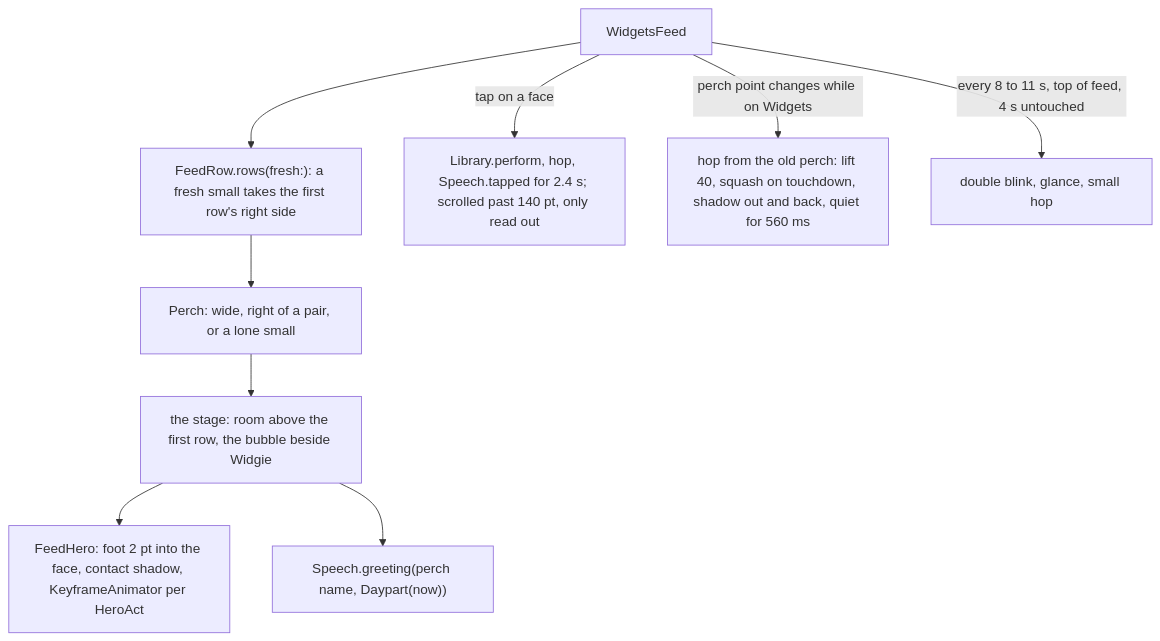
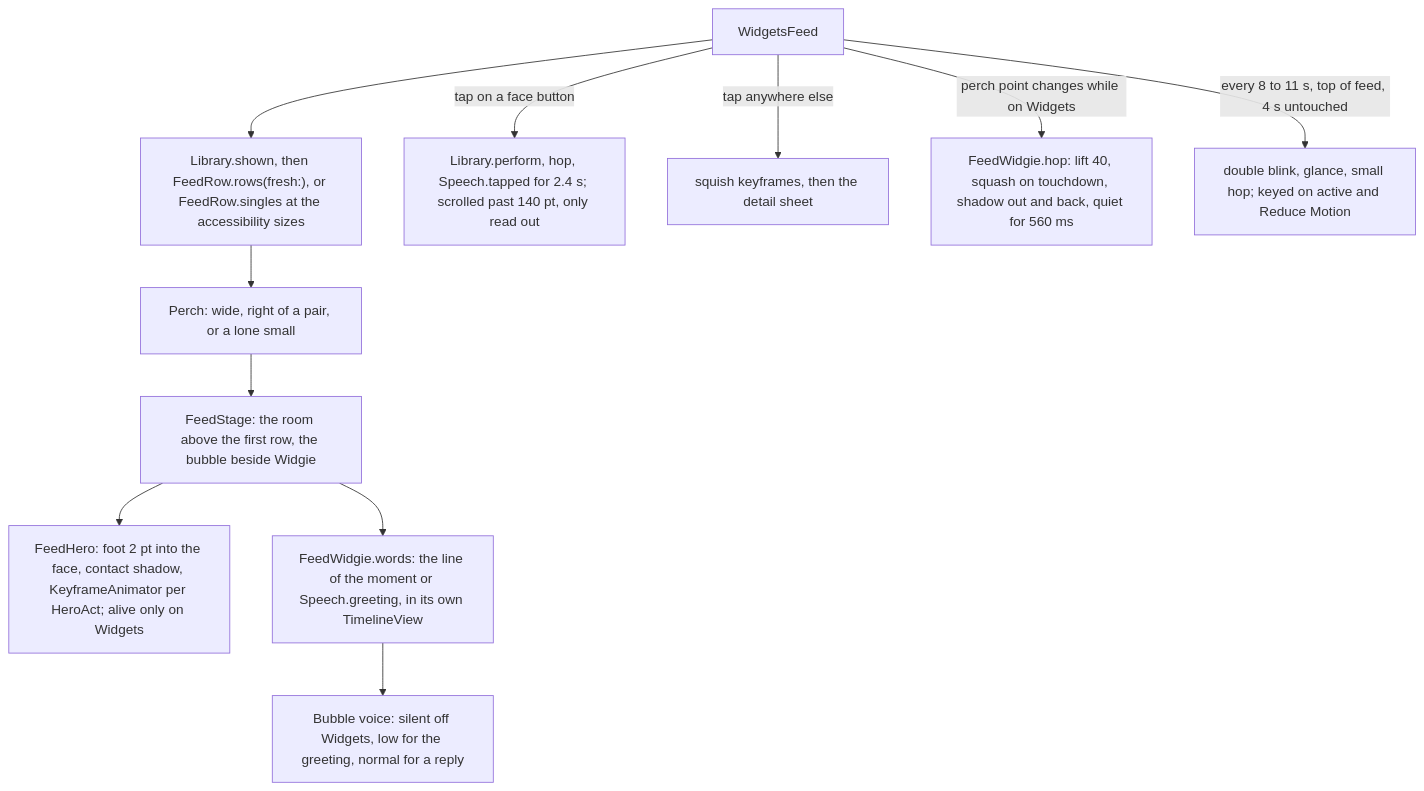
The second of 4 diagrams in docs/pr/17-app-shell-u1b.md (Krutik460/Widgie), drawn with Mermaid before and after one commit. The commit also changed other lines of this file and 1 other file, not shown here.

````diff
--- a/docs/pr/17-app-shell-u1b.md
+++ b/docs/pr/17-app-shell-u1b.md
@@ -39,11 +43,13 @@
 ```mermaid
 flowchart TD
-  FEED["WidgetsFeed"] --> ROWS["FeedRow.rows(fresh:): a fresh small takes the first row's right side"]
+  FEED["WidgetsFeed"] --> ROWS["Library.shown, then FeedRow.rows(fresh:), or FeedRow.singles at the accessibility sizes"]
   ROWS --> PERCH["Perch: wide, right of a pair, or a lone small"]
-  PERCH --> STAGE["the stage: room above the first row, the bubble beside Widgie"]
-  STAGE --> HERO["FeedHero: foot 2 pt into the face, contact shadow, KeyframeAnimator per HeroAct"]
-  STAGE --> WORDS["Speech.greeting(perch name, Daypart(now))"]
-  FEED -->|"tap on a face"| TAP["Library.perform, hop, Speech.tapped for 2.4 s; scrolled past 140 pt, only read out"]
-  FEED -->|"perch point changes while on Widgets"| MOVE["hop from the old perch: lift 40, squash on touchdown, shadow out and back, quiet for 560 ms"]
-  FEED -->|"every 8 to 11 s, top of feed, 4 s untouched"| IDLE["double blink, glance, small hop"]
+  PERCH --> STAGE["FeedStage: the room above the first row, the bubble beside Widgie"]
+  STAGE --> HERO["FeedHero: foot 2 pt into the face, contact shadow, KeyframeAnimator per HeroAct; alive only on Widgets"]
+  STAGE --> WORDS["FeedWidgie.words: the line of the moment or Speech.greeting, in its own TimelineView"]
+  WORDS --> VOICE["Bubble voice: silent off Widgets, low for the greeting, normal for a reply"]
+  FEED -->|"tap on a face button"| TAP["Library.perform, hop, Speech.tapped for 2.4 s; scrolled past 140 pt, only read out"]
+  FEED -->|"tap anywhere else"| OPEN["squish keyframes, then the detail sheet"]
+  FEED -->|"perch point changes while on Widgets"| MOVE["FeedWidgie.hop: lift 40, squash on touchdown, shadow out and back, quiet for 560 ms"]
+  FEED -->|"every 8 to 11 s, top of feed, 4 s untouched"| IDLE["double blink, glance, small hop; keyed on active and Reduce Motion"]
 ```
````
